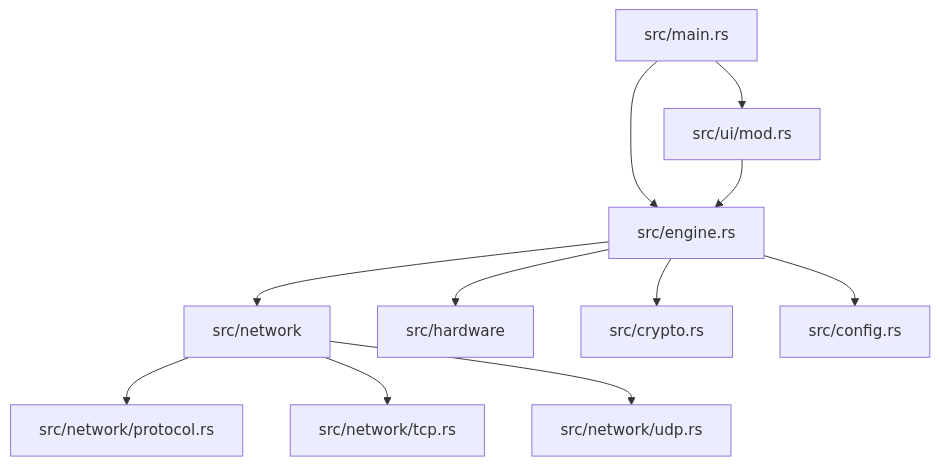
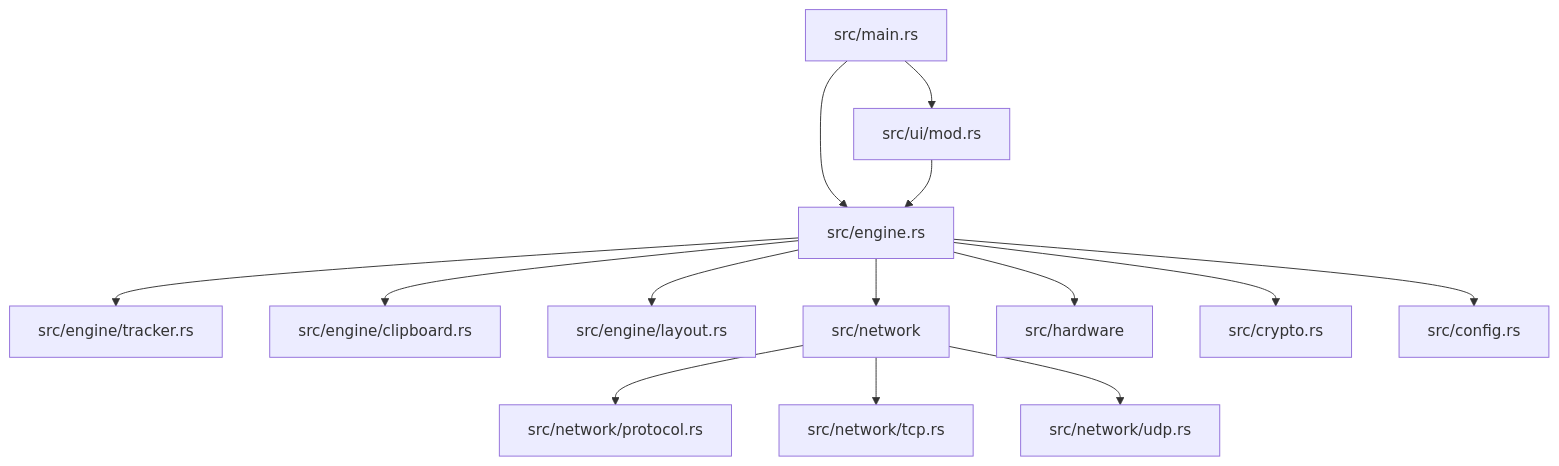
Before and after one commit to guyavrhm/flow: the first of 2 diagrams in ARCHITECTURE.md, drawn with Mermaid. The commit also changed other lines of this file and 16 other files, not shown here.

````diff
--- a/ARCHITECTURE.md
+++ b/ARCHITECTURE.md
@@ -19,13 +19,16 @@
 ```mermaid
 graph TD
     Main[src/main.rs] --> UI[src/ui/mod.rs]
     Main --> Engine[src/engine.rs]
     UI --> Engine
+    Engine --> Tracker[src/engine/tracker.rs]
+    Engine --> ClipboardMod[src/engine/clipboard.rs]
+    Engine --> Layout[src/engine/layout.rs]
     Engine --> Network[src/network]
     Engine --> Hardware[src/hardware]
     Network --> Protocol[src/network/protocol.rs]
     Network --> TCP[src/network/tcp.rs]
     Network --> UDP[src/network/udp.rs]
     Engine --> Crypto[src/crypto.rs]
     Engine --> Config[src/config.rs]
 ```
````
